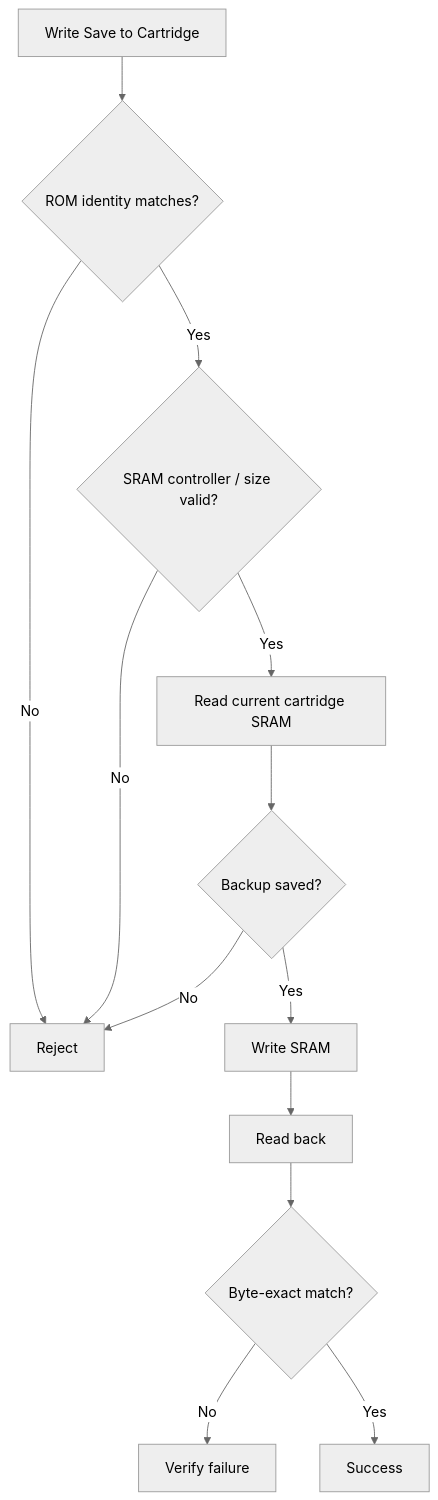
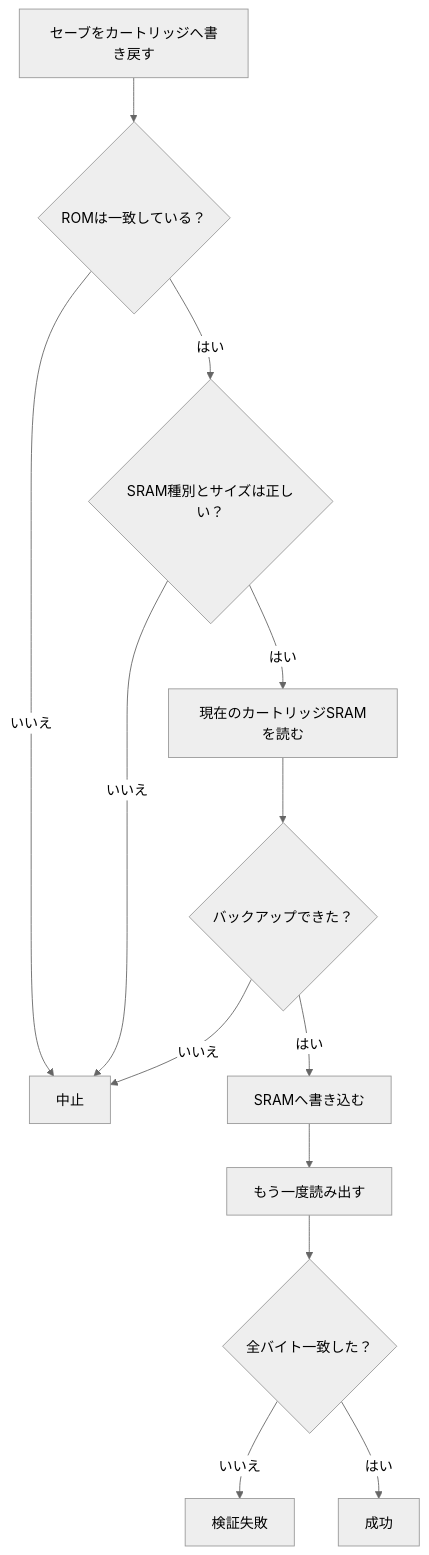
Before and after one commit to microom/NOA-System: the first of 2 diagrams in devlog/0017-write-the-future-back.md, drawn with Mermaid (neutral theme). The commit also changed other lines of this file, not shown here.

Commit message:
Localize Devlog #17 diagrams

````diff
--- a/devlog/0017-write-the-future-back.md
+++ b/devlog/0017-write-the-future-back.md
@@ -49,15 +49,15 @@
 ```mermaid
 flowchart TD
-    A[Write Save to Cartridge] --> B{ROM identity matches?}
-    B -- No --> X[Reject]
-    B -- Yes --> C{SRAM controller / size valid?}
-    C -- No --> X
-    C -- Yes --> D[Read current cartridge SRAM]
-    D --> E{Backup saved?}
-    E -- No --> X
-    E -- Yes --> F[Write SRAM]
-    F --> G[Read back]
-    G --> H{Byte-exact match?}
-    H -- No --> Y[Verify failure]
-    H -- Yes --> I[Success]
+    A[セーブをカートリッジへ書き戻す] --> B{ROMは一致している？}
+    B -- いいえ --> X[中止]
+    B -- はい --> C{SRAM種別とサイズは正しい？}
+    C -- いいえ --> X
+    C -- はい --> D[現在のカートリッジSRAMを読む]
+    D --> E{バックアップできた？}
+    E -- いいえ --> X
+    E -- はい --> F[SRAMへ書き込む]
+    F --> G[もう一度読み出す]
+    G --> H{全バイト一致した？}
+    H -- いいえ --> Y[検証失敗]
+    H -- はい --> I[成功]
 ```
````
